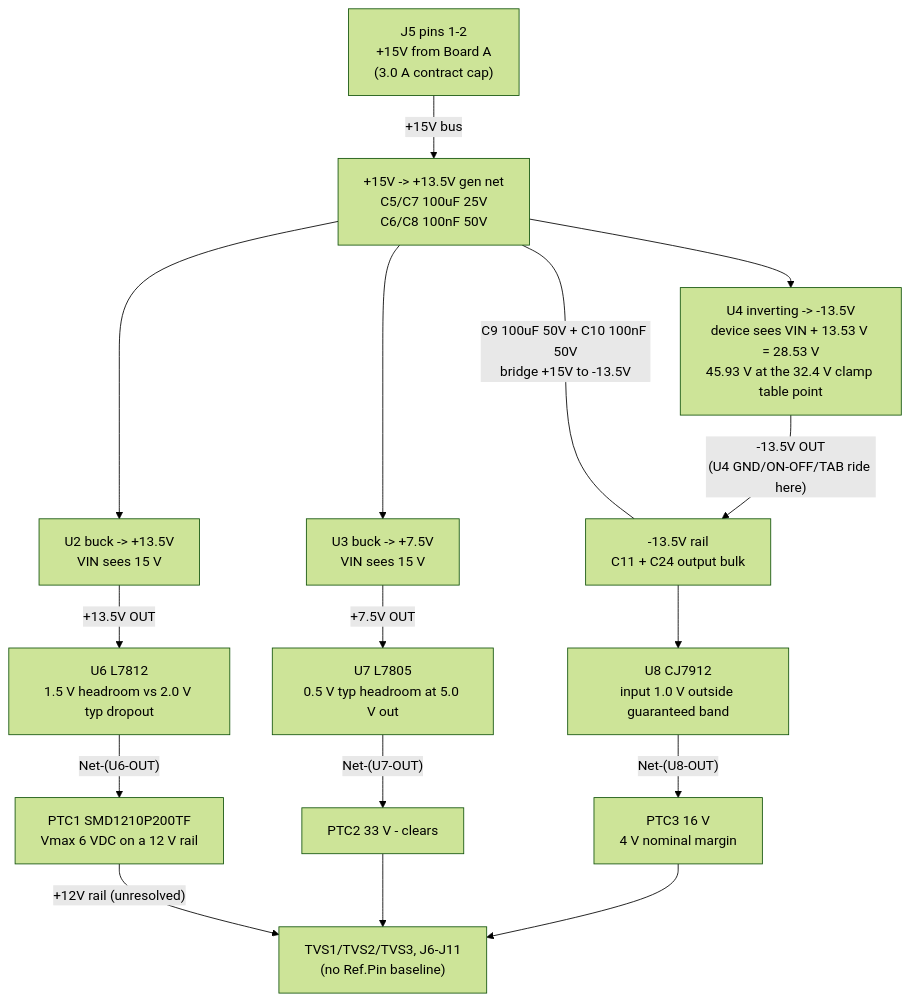
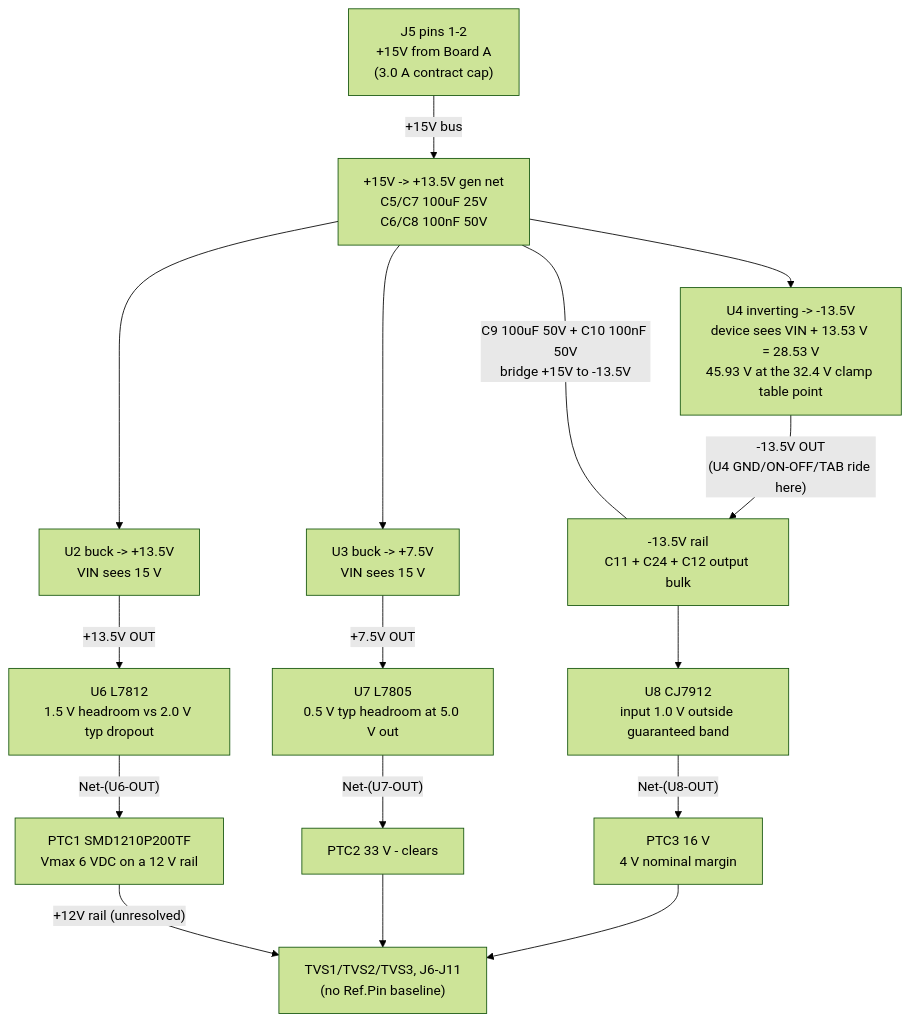
The second of 2 diagrams in doc/src/content/docs/inbox/spec-architecture-review.md (Takazudo/zudo-power-usb-pd), drawn with Mermaid (forest theme) before and after one commit. The commit also changed other lines of this file and 10 other files, not shown here.

````diff
--- a/doc/src/content/docs/inbox/spec-architecture-review.md
+++ b/doc/src/content/docs/inbox/spec-architecture-review.md
@@ -363,18 +363,18 @@
 ```mermaid
 flowchart TD
   J5["J5 pins 1-2\n+15V from Board A\n(3.0 A contract cap)"] -->|"+15V bus"| BUS["+15V -> +13.5V gen net\nC5/C7 100uF 25V\nC6/C8 100nF 50V"]
   BUS --> U2["U2 buck -> +13.5V\nVIN sees 15 V"]
   BUS --> U3["U3 buck -> +7.5V\nVIN sees 15 V"]
   BUS --> U4["U4 inverting -> -13.5V\ndevice sees VIN + 13.53 V = 28.53 V\n45.93 V at the 32.4 V clamp table point"]
   BUS ---|"C9 100uF 50V + C10 100nF 50V\nbridge +15V to -13.5V"| N135
-  U4 -->|"-13.5V OUT\n(U4 GND/ON-OFF/TAB ride here)"| N135["-13.5V rail\nC11 + C24 output bulk"]
+  U4 -->|"-13.5V OUT\n(U4 GND/ON-OFF/TAB ride here)"| N135["-13.5V rail\nC11 + C24 + C12 output bulk"]
   U2 -->|"+13.5V OUT"| U6["U6 L7812\n1.5 V headroom vs 2.0 V typ dropout"]
   U3 -->|"+7.5V OUT"| U7["U7 L7805\n0.5 V typ headroom at 5.0 V out"]
   N135 --> U8["U8 CJ7912\ninput 1.0 V outside guaranteed band"]
   U6 -->|"Net-(U6-OUT)"| PTC1["PTC1 SMD1210P200TF\nVmax 6 VDC on a 12 V rail"]
   U7 -->|"Net-(U7-OUT)"| PTC2["PTC2 33 V - clears"]
   U8 -->|"Net-(U8-OUT)"| PTC3["PTC3 16 V\n4 V nominal margin"]
   PTC1 -->|"+12V rail (unresolved)"| OUT["TVS1/TVS2/TVS3, J6-J11\n(no Ref.Pin baseline)"]
   PTC2 --> OUT
   PTC3 --> OUT
 ```
````
